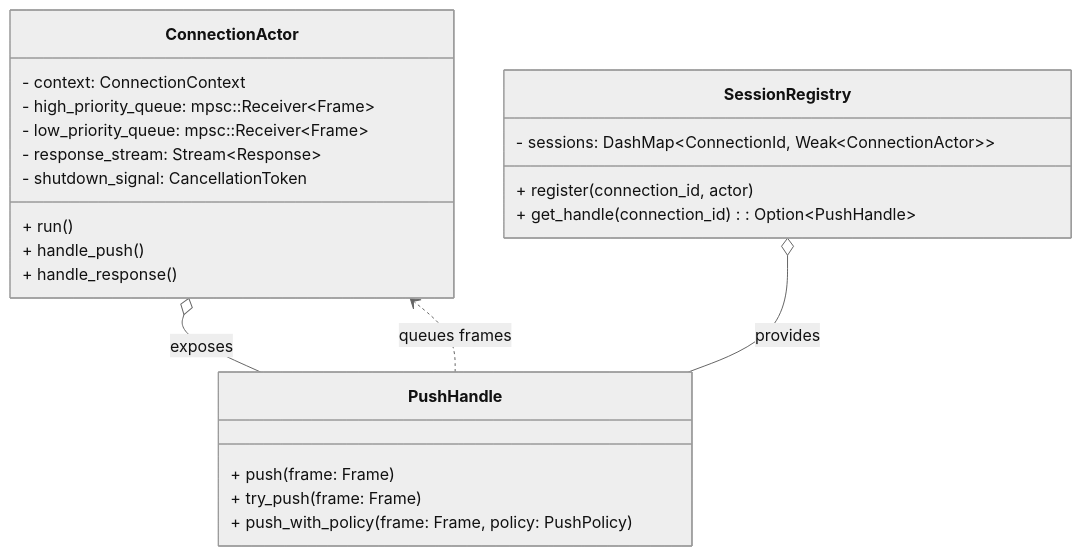
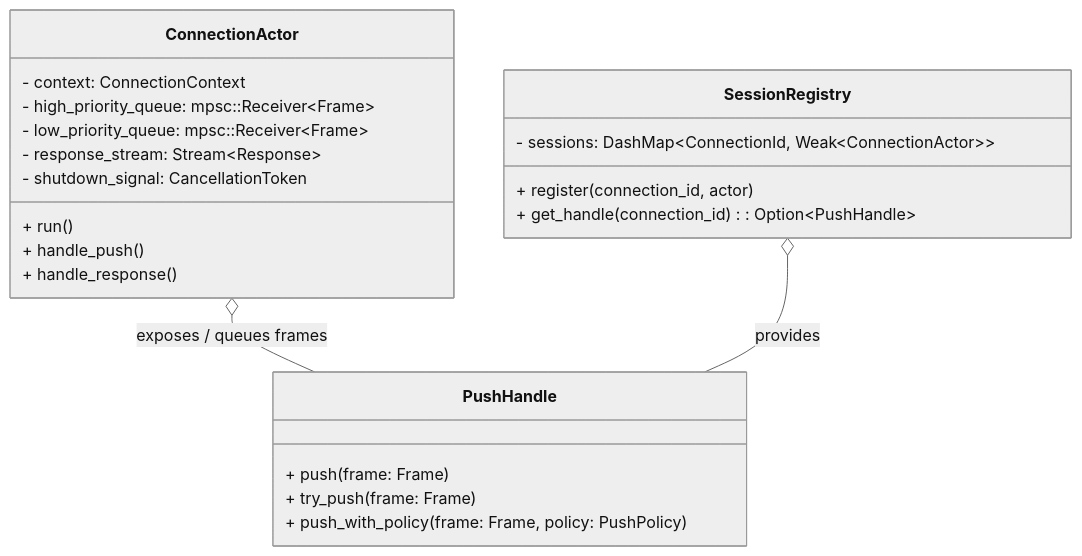
Before and after one commit to leynos/wireframe: the first of 7 diagrams in docs/asynchronous-outbound-messaging-design.md, drawn with Mermaid (neutral theme).

Commit message:
Remove unneeded PushHandle --> ConnectionActor

````diff
--- a/docs/asynchronous-outbound-messaging-design.md
+++ b/docs/asynchronous-outbound-messaging-design.md
@@ -137,26 +137,25 @@
 ```mermaid
 classDiagram
     class ConnectionActor {
         - context: ConnectionContext
         - high_priority_queue: mpsc::Receiver&lt;Frame&gt;
         - low_priority_queue: mpsc::Receiver&lt;Frame&gt;
         - response_stream: Stream&lt;Response&gt;
         - shutdown_signal: CancellationToken
         + run()
         + handle_push()
         + handle_response()
     }
     class PushHandle {
         + push(frame: Frame)
         + try_push(frame: Frame)
         + push_with_policy(frame: Frame, policy: PushPolicy)
     }
     class SessionRegistry {
         - sessions: DashMap&lt;ConnectionId, Weak&lt;ConnectionActor&gt;&gt;
         + register(connection_id, actor)
         + get_handle(connection_id): Option&lt;PushHandle&gt;
     }
-    ConnectionActor o-- PushHandle : exposes
+    ConnectionActor o-- PushHandle : exposes / queues frames
     SessionRegistry o-- PushHandle : provides
-    PushHandle ..> ConnectionActor : queues frames
 ```
````
